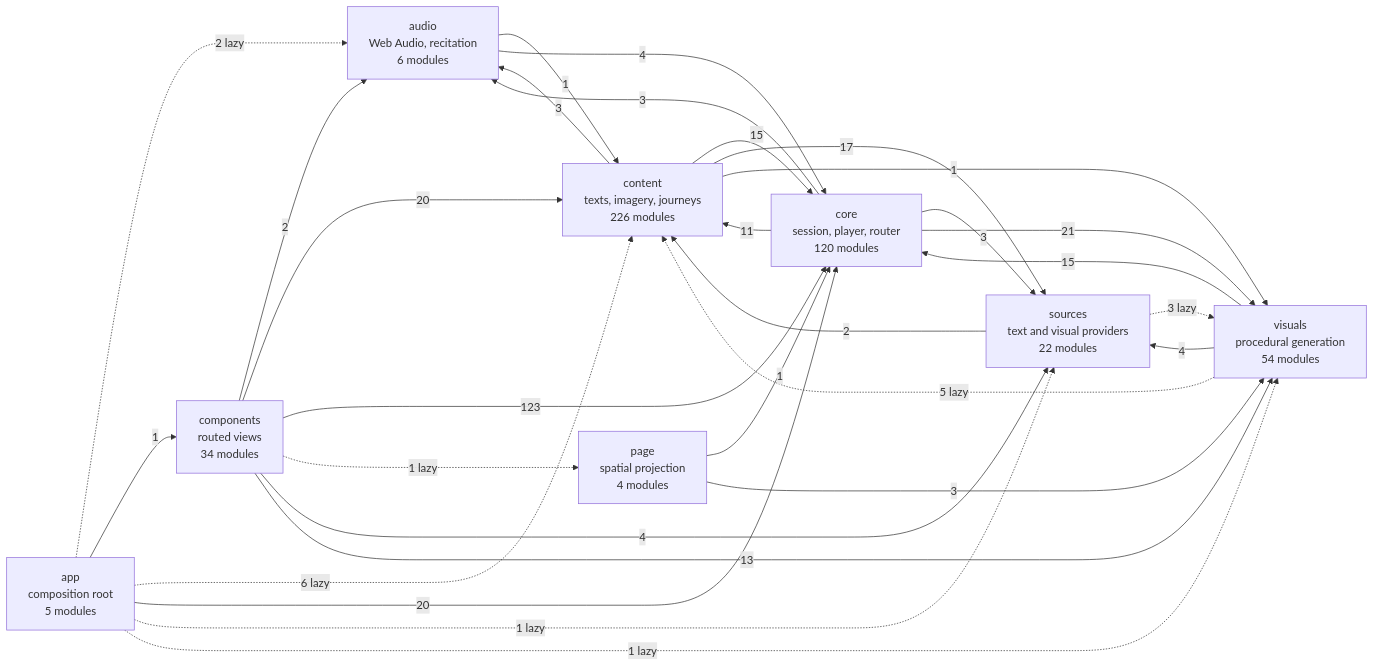
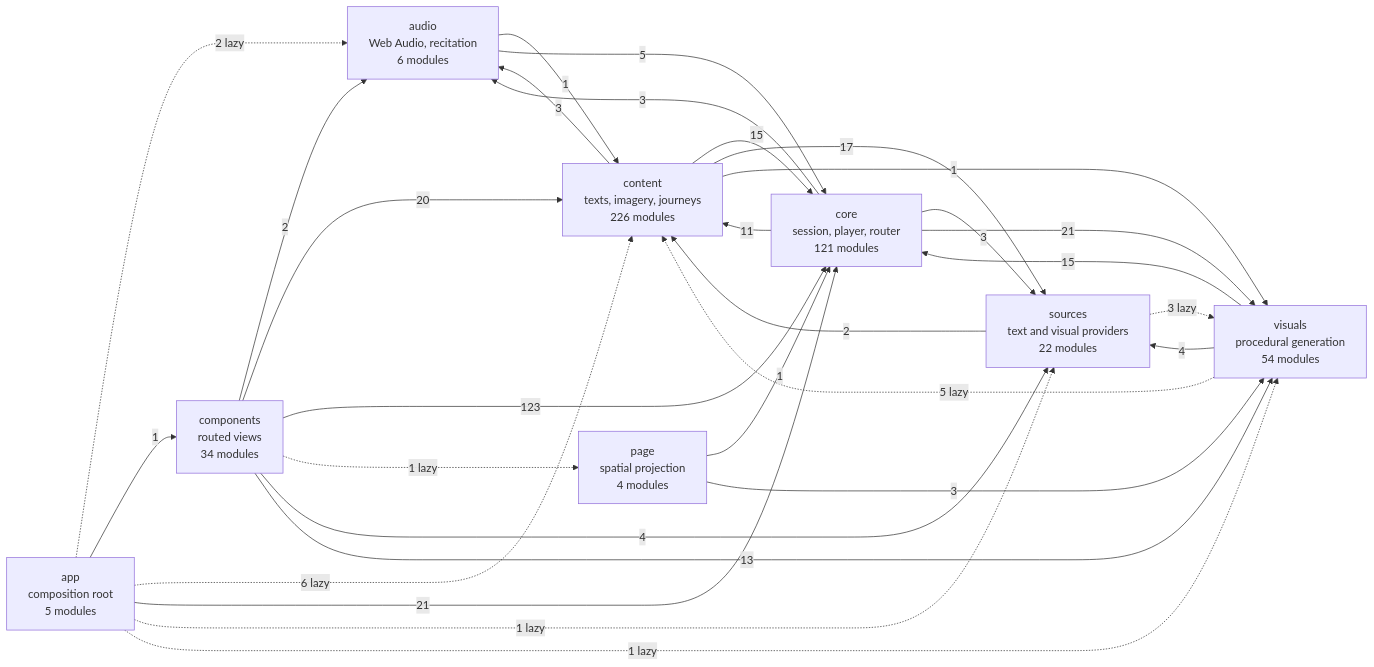
The diagram in docs/specs/ARCHITECTURE.md (SyberLabs/RISE), drawn with Mermaid before and after one commit. The commit also changed 2 other files, not shown here.

Commit message:
Three buses now, and silence can come from any of them
Rebased onto a main that has changed underneath it. The panel was
written when there was one gain between a phrase and the speakers;
there are three now, and it was still reporting the one the voice no
longer runs through.

The voice goes through voiceGain into masterGain. The bed goes through
sessionGain into the same master. A zero anywhere on either chain is a
phrase that decoded, started and ended with every sample multiplied by
nothing, and the old single reading could not tell those apart - nor
tell either of them from a phrase that never started.

So the play record now carries all three levels, and three more points
report from the engine: what the buses were built with, every time the
session fade is scheduled and against which clock, and every request
for the context back. Between them, a silent reading says whether it
was the bed, the voice, the master, or the context.

Still inert without ?diag=1. First load 57.6 KB against 64.0 KB.

````diff
--- a/docs/specs/ARCHITECTURE.md
+++ b/docs/specs/ARCHITECTURE.md
@@ -149,41 +149,41 @@
 ```mermaid
 flowchart LR
     app["app<br/>composition root<br/>5 modules"]
     audio["audio<br/>Web Audio, recitation<br/>6 modules"]
     components["components<br/>routed views<br/>34 modules"]
     content["content<br/>texts, imagery, journeys<br/>226 modules"]
-    core["core<br/>session, player, router<br/>120 modules"]
+    core["core<br/>session, player, router<br/>121 modules"]
     page["page<br/>spatial projection<br/>4 modules"]
     sources["sources<br/>text and visual providers<br/>22 modules"]
     visuals["visuals<br/>procedural generation<br/>54 modules"]
 
     app -.-> |2 lazy| audio
     app --> |1| components
     app -.-> |6 lazy| content
-    app --> |20| core
+    app --> |21| core
     app -.-> |1 lazy| sources
     app -.-> |1 lazy| visuals
     audio --> |1| content
-    audio --> |4| core
+    audio --> |5| core
     components --> |2| audio
     components --> |20| content
     components --> |123| core
     components -.-> |1 lazy| page
     components --> |4| sources
     components --> |13| visuals
     content --> |3| audio
     content --> |15| core
     content --> |17| sources
     content --> |1| visuals
     core --> |3| audio
     core --> |11| content
     core --> |3| sources
     core --> |21| visuals
     page --> |1| core
     page --> |3| visuals
     sources --> |2| content
     sources -.-> |3 lazy| visuals
     visuals -.-> |5 lazy| content
     visuals --> |15| core
     visuals --> |4| sources
 ```
````
